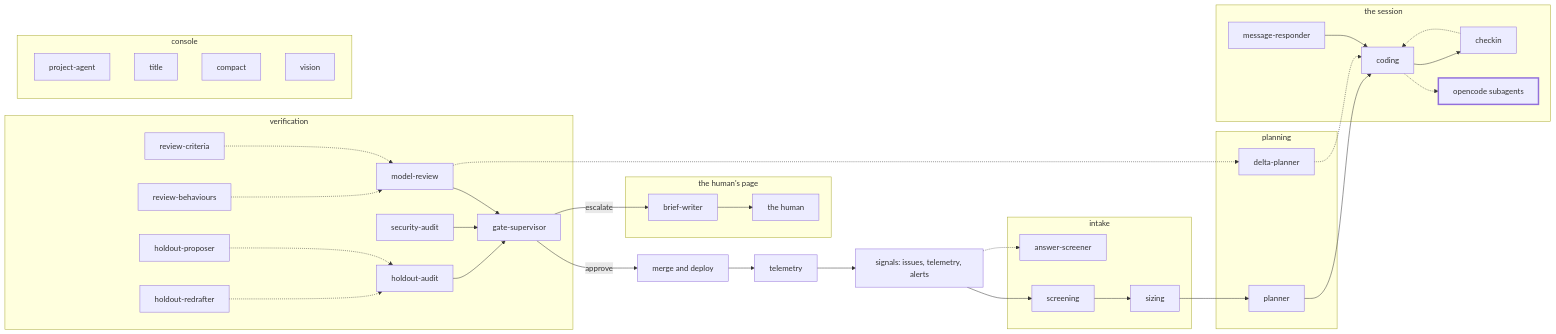
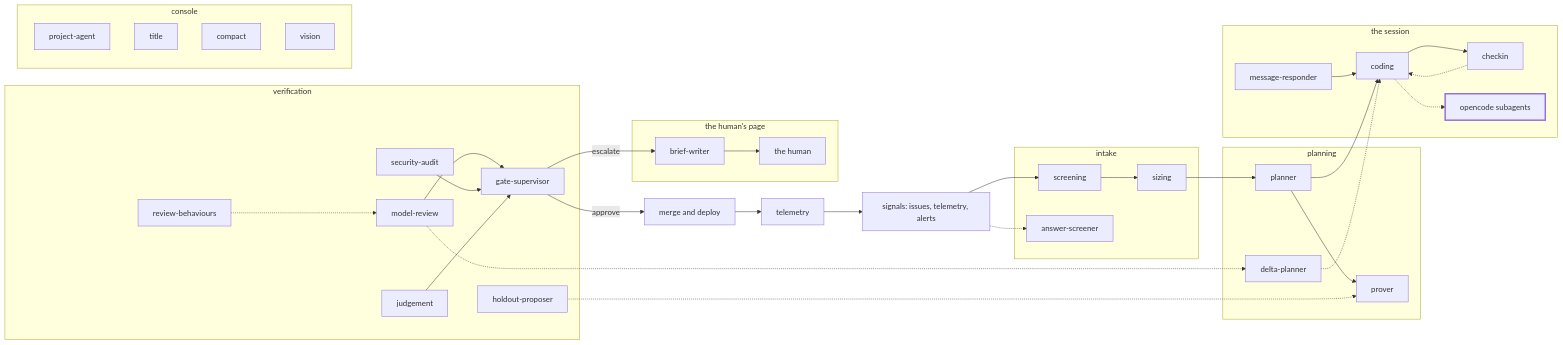
Before and after one commit to sebastianrueckerai/ai-software-factory: the diagram in docs/agents/opencode-subagents.md, drawn with Mermaid. The commit also changed other lines of this file and 41 other files, not shown here.

````diff
--- a/docs/agents/opencode-subagents.md
+++ b/docs/agents/opencode-subagents.md
@@ -15,61 +15,59 @@
 ```mermaid
 graph LR
   signals["signals: issues, telemetry, alerts"]
   subgraph intake["intake"]
     screening["screening"]
     sizing["sizing"]
     answer-screener["answer-screener"]
   end
   subgraph planning["planning"]
     planner["planner"]
+    prover["prover"]
     delta-planner["delta-planner"]
   end
   subgraph the-session["the session"]
     coding["coding"]
     message-responder["message-responder"]
     checkin["checkin"]
     opencode-subagents["opencode subagents"]
   end
   subgraph verification["verification"]
-    review-criteria["review-criteria"]
+    judgement["judgement"]
     review-behaviours["review-behaviours"]
     model-review["model-review"]
     security-audit["security-audit"]
     holdout-proposer["holdout-proposer"]
-    holdout-redrafter["holdout-redrafter"]
-    holdout-audit["holdout-audit"]
     gate-supervisor["gate-supervisor"]
   end
   subgraph the-human["the human's page"]
     brief-writer["brief-writer"]
     human["the human"]
   end
   subgraph console["console"]
     project-agent["project-agent"]
     title["title"]
     compact["compact"]
     vision["vision"]
   end
   deploy["merge and deploy"]
   telemetry["telemetry"]
 
   signals --> screening --> sizing --> planner --> coding
   signals -.-> answer-screener
+  planner --> prover
+  holdout-proposer -.-> prover
   coding -.-> opencode-subagents
   message-responder --> coding
   coding --> checkin
   checkin -.-> coding
   model-review --> gate-supervisor
   security-audit --> gate-supervisor
-  holdout-audit --> gate-supervisor
-  review-criteria -.-> model-review
+  judgement --> gate-supervisor
   review-behaviours -.-> model-review
-  holdout-proposer -.-> holdout-audit
-  holdout-redrafter -.-> holdout-audit
   model-review -.-> delta-planner
   delta-planner -.-> coding
   gate-supervisor -->|approve| deploy
   gate-supervisor -->|escalate| brief-writer --> human
   deploy --> telemetry --> signals
   style opencode-subagents stroke-width:3px
 ```
````
